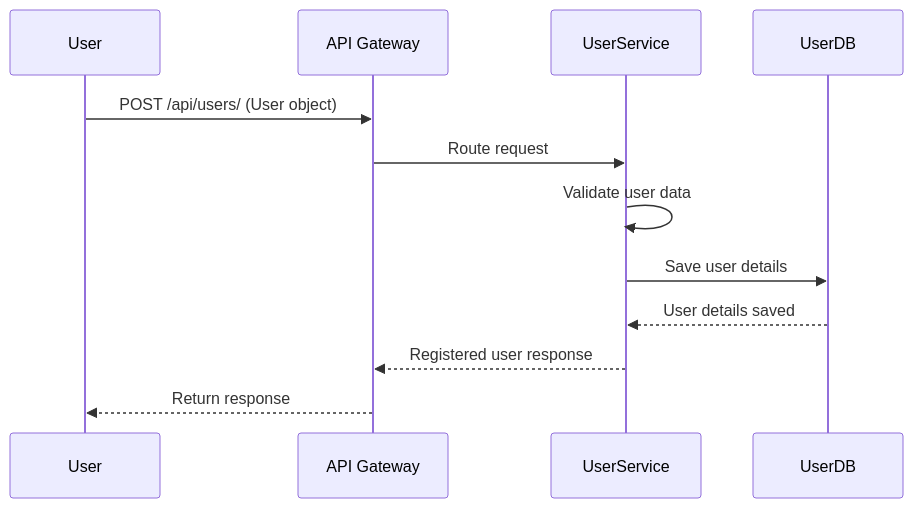
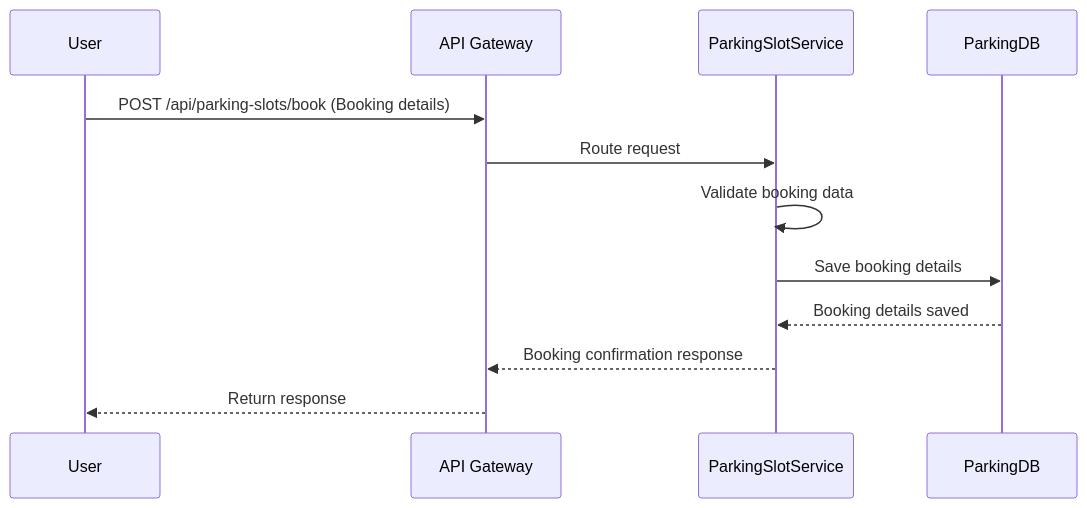
Before and after one commit to bharadwajm101/ParkingModule: the second of 2 diagrams in README.md, drawn with Mermaid. The commit also changed other lines of this file, not shown here.

Commit message:
Update README.md with complete Parking Slot Management Module documentation

````diff
--- a/README.md
+++ b/README.md
@@ -106,15 +114,15 @@
 ```mermaid
 sequenceDiagram
     participant User
     participant API Gateway
-    participant UserService
-    participant UserDB
+    participant ParkingSlotService
+    participant ParkingDB
 
-    User->>API Gateway: POST /api/users/ (User object)
-    API Gateway->>UserService: Route request
-    UserService->>UserService: Validate user data
-    UserService->>UserDB: Save user details
-    UserDB-->>UserService: User details saved
-    UserService-->>API Gateway: Registered user response
+    User->>API Gateway: POST /api/parking-slots/book (Booking details)
+    API Gateway->>ParkingSlotService: Route request
+    ParkingSlotService->>ParkingSlotService: Validate booking data
+    ParkingSlotService->>ParkingDB: Save booking details
+    ParkingDB-->>ParkingSlotService: Booking details saved
+    ParkingSlotService-->>API Gateway: Booking confirmation response
     API Gateway-->>User: Return response
 ```
````
